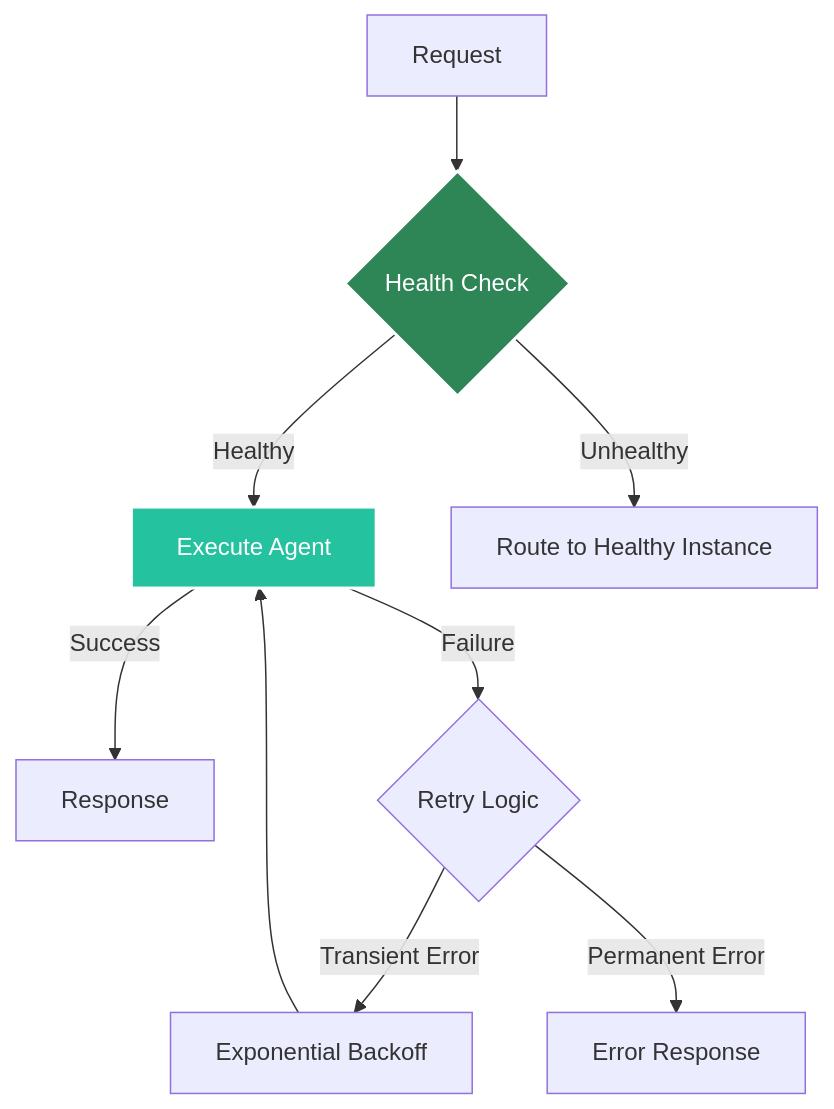
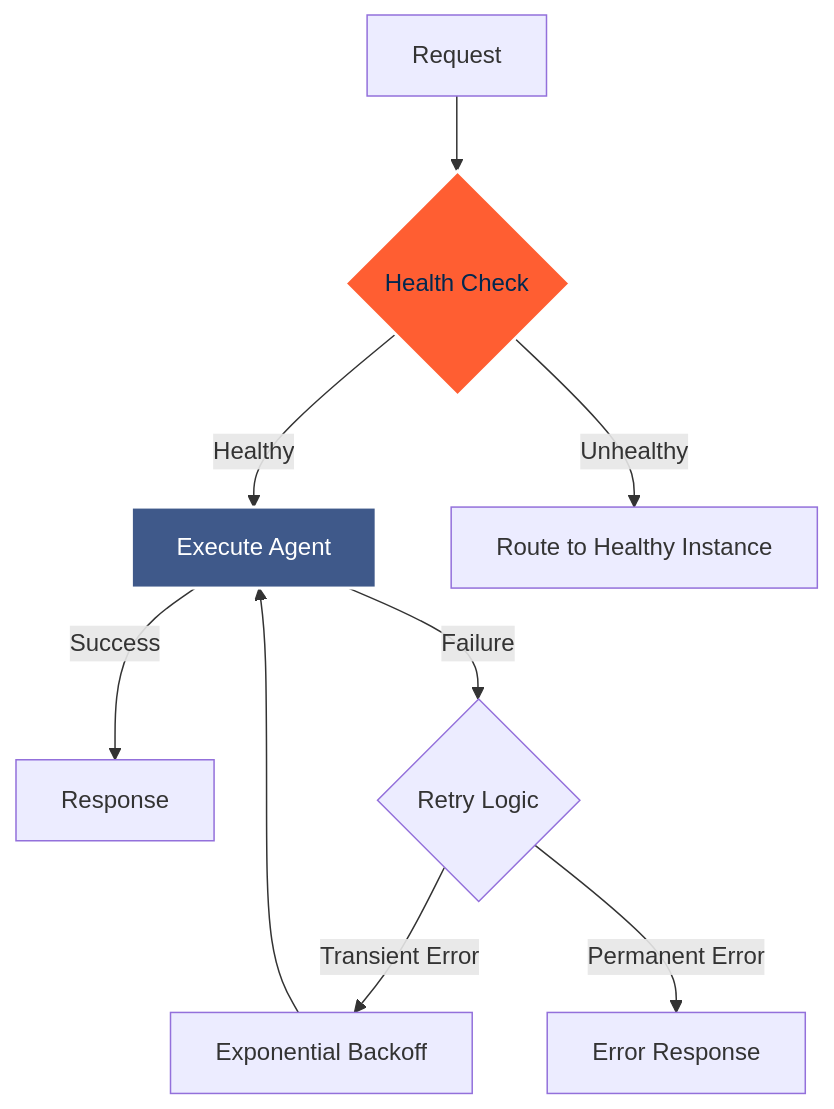
The diagram in docs/docs/core-concepts/fault-tolerance.md (yaalalabs/agent-kernel), drawn with Mermaid before and after one commit. The commit also changed other lines of this file and 444 other files, not shown here.

````diff
--- a/docs/docs/core-concepts/fault-tolerance.md
+++ b/docs/docs/core-concepts/fault-tolerance.md
@@ -18,14 +18,14 @@
 ```mermaid
 graph TB
     A[Request] --> B{Health Check}
     B -->|Healthy| C[Execute Agent]
     B -->|Unhealthy| D[Route to Healthy Instance]
     C -->|Success| E[Response]
     C -->|Failure| F{Retry Logic}
     F -->|Transient Error| G[Exponential Backoff]
     G --> C
     F -->|Permanent Error| H[Error Response]
     
-    style B fill:#2e8555,stroke:#fff,stroke-width:2px,color:#fff
-    style C fill:#25c2a0,stroke:#fff,stroke-width:2px,color:#fff
+    style B fill:#FF5E32,stroke:#fff,stroke-width:2px,color:#02284F
+    style C fill:#3F598A,stroke:#fff,stroke-width:2px,color:#fff
 ```
````
